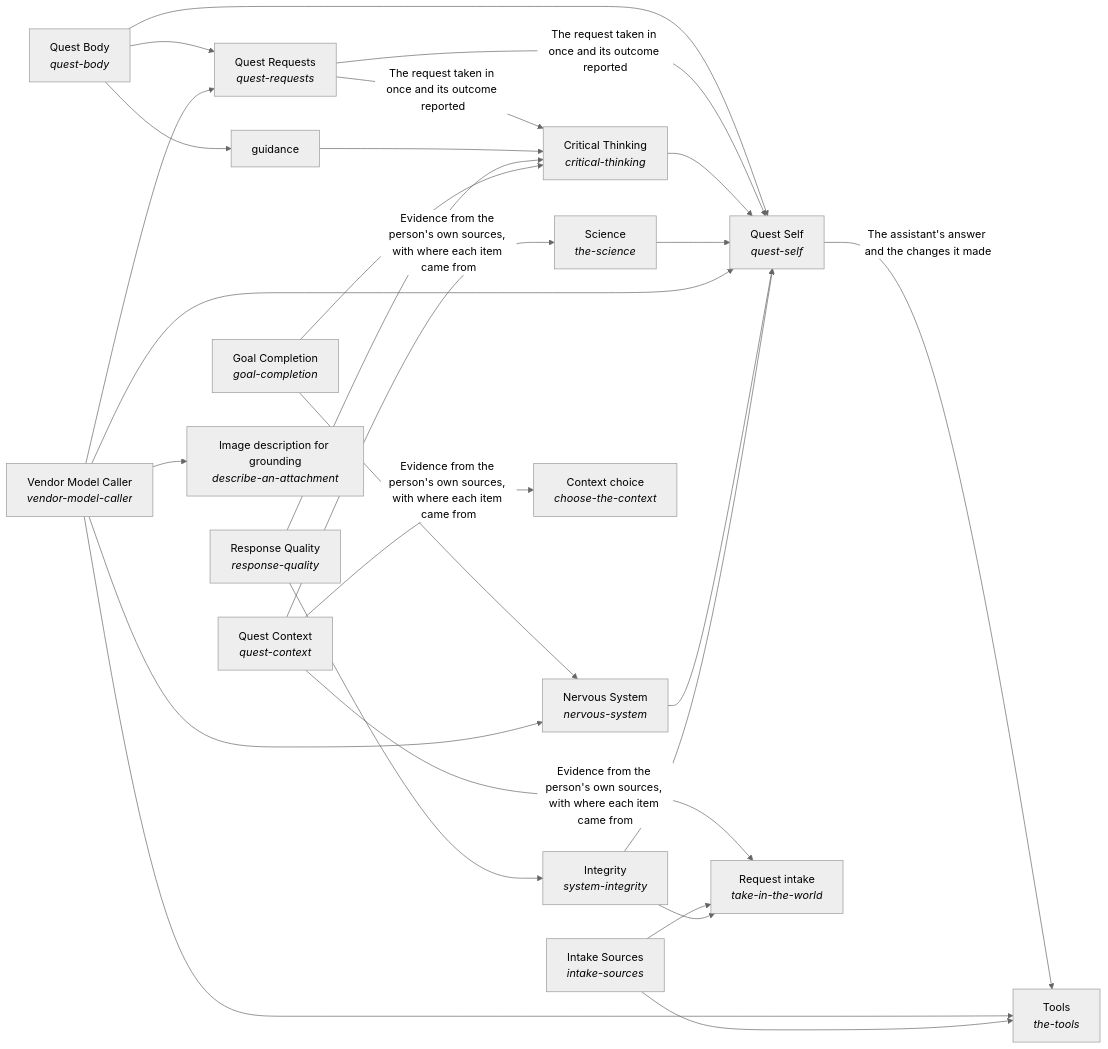
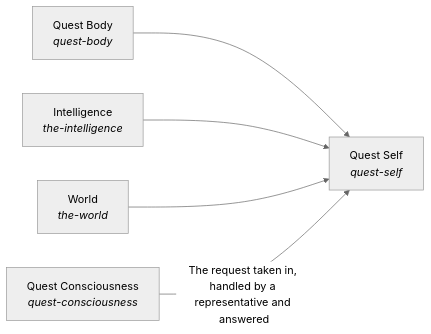
Before and after one commit to SpiritualData/quest-ai-runner: the diagram in esoi/README.md, drawn with Mermaid (neutral theme). The commit also changed other lines of this file and 100 other files, not shown here.

````diff
--- a/esoi/README.md
+++ b/esoi/README.md
@@ -17,46 +17,12 @@
 ```mermaid
 flowchart LR
-    s0["Integrity<br/><i>system-integrity</i>"]
-    s1["Intake Sources<br/><i>intake-sources</i>"]
-    s2["Nervous System<br/><i>nervous-system</i>"]
-    s3["Vendor Model Caller<br/><i>vendor-model-caller</i>"]
-    s4["Science<br/><i>the-science</i>"]
-    s5["Critical Thinking<br/><i>critical-thinking</i>"]
-    s6["Goal Completion<br/><i>goal-completion</i>"]
-    s7["Response Quality<br/><i>response-quality</i>"]
-    s8["guidance"]
-    s9["Tools<br/><i>the-tools</i>"]
-    s10["Quest Context<br/><i>quest-context</i>"]
-    s11["Quest Requests<br/><i>quest-requests</i>"]
-    s12["Quest Self<br/><i>quest-self</i>"]
-    s13["Quest Body<br/><i>quest-body</i>"]
-    s14["Image description for grounding<br/><i>describe-an-attachment</i>"]
-    s15["Request intake<br/><i>take-in-the-world</i>"]
-    s16["Context choice<br/><i>choose-the-context</i>"]
-    s0 --> s12
-    s0 --> s15
-    s1 --> s9
-    s1 --> s15
-    s2 --> s12
-    s3 --> s2
-    s3 --> s9
-    s3 --> s11
-    s3 --> s12
-    s3 --> s14
-    s4 --> s12
-    s5 --> s12
-    s6 --> s2
-    s6 --> s5
-    s7 --> s0
-    s7 --> s5
-    s8 --> s5
-    s10 -->|"Evidence from the person's own sources, with where each item came from"| s4
-    s10 -->|"Evidence from the person's own sources, with where each item came from"| s15
-    s10 -->|"Evidence from the person's own sources, with where each item came from"| s16
-    s11 -->|"The request taken in once and its outcome reported"| s5
-    s11 -->|"The request taken in once and its outcome reported"| s12
-    s12 -->|"The assistant's answer and the changes it made"| s9
-    s13 --> s8
-    s13 --> s11
-    s13 --> s12
+    s0["Quest Self<br/><i>quest-self</i>"]
+    s1["Quest Body<br/><i>quest-body</i>"]
+    s2["Intelligence<br/><i>the-intelligence</i>"]
+    s3["World<br/><i>the-world</i>"]
+    s4["Quest Consciousness<br/><i>quest-consciousness</i>"]
+    s1 --> s0
+    s2 --> s0
+    s3 --> s0
+    s4 -->|"The request taken in, handled by a representative and answered"| s0
 ```
````
